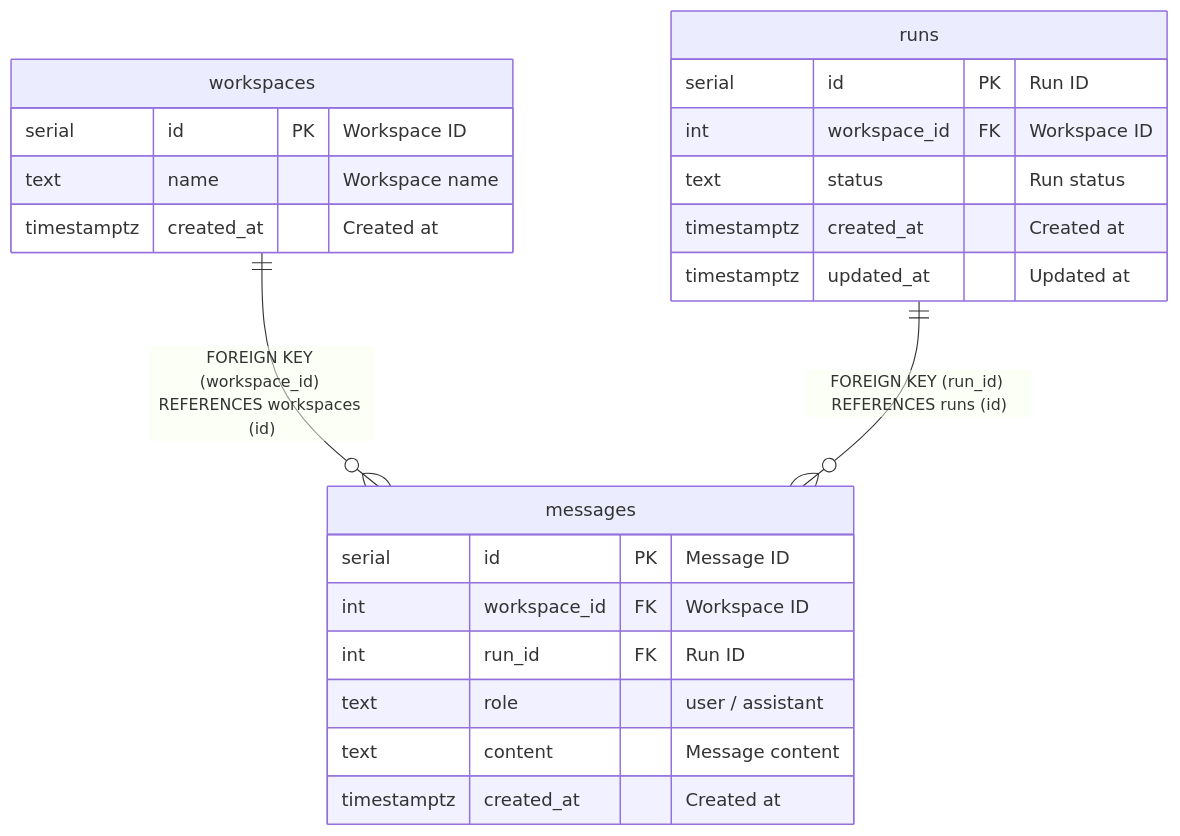
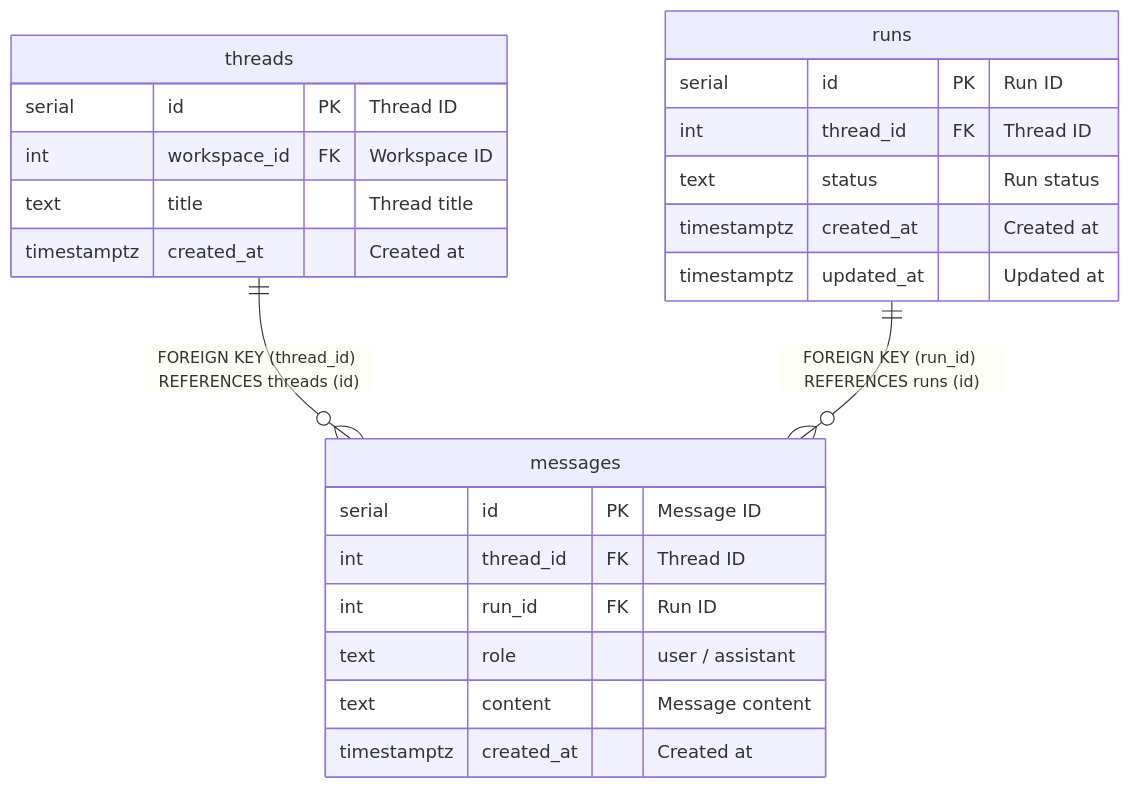
One commit to k-kanke/ai-workspace-platform changed the diagram in docs/schema/messages.md. Above: the diagram before and after it, drawn with Mermaid. The commit also changed other lines of this file and 5 other files, not shown here.

````diff
--- a/docs/schema/messages.md
+++ b/docs/schema/messages.md
@@ -50,27 +50,28 @@
 ```mermaid
 erDiagram
 
-"workspaces" ||--o{ "messages" : "FOREIGN KEY (workspace_id) REFERENCES workspaces (id)"
+"threads" ||--o{ "messages" : "FOREIGN KEY (thread_id) REFERENCES threads (id)"
 "runs" ||--o{ "messages" : "FOREIGN KEY (run_id) REFERENCES runs (id)"
 
 "messages" {
   serial id PK "Message ID"
-  int workspace_id FK "Workspace ID"
+  int thread_id FK "Thread ID"
   int run_id FK "Run ID"
   text role "user / assistant"
   text content "Message content"
   timestamptz created_at "Created at"
 }
-"workspaces" {
-  serial id PK "Workspace ID"
-  text name "Workspace name"
+"threads" {
+  serial id PK "Thread ID"
+  int workspace_id FK "Workspace ID"
+  text title "Thread title"
   timestamptz created_at "Created at"
 }
 "runs" {
   serial id PK "Run ID"
-  int workspace_id FK "Workspace ID"
+  int thread_id FK "Thread ID"
   text status "Run status"
   timestamptz created_at "Created at"
   timestamptz updated_at "Updated at"
 }
 ```
````
